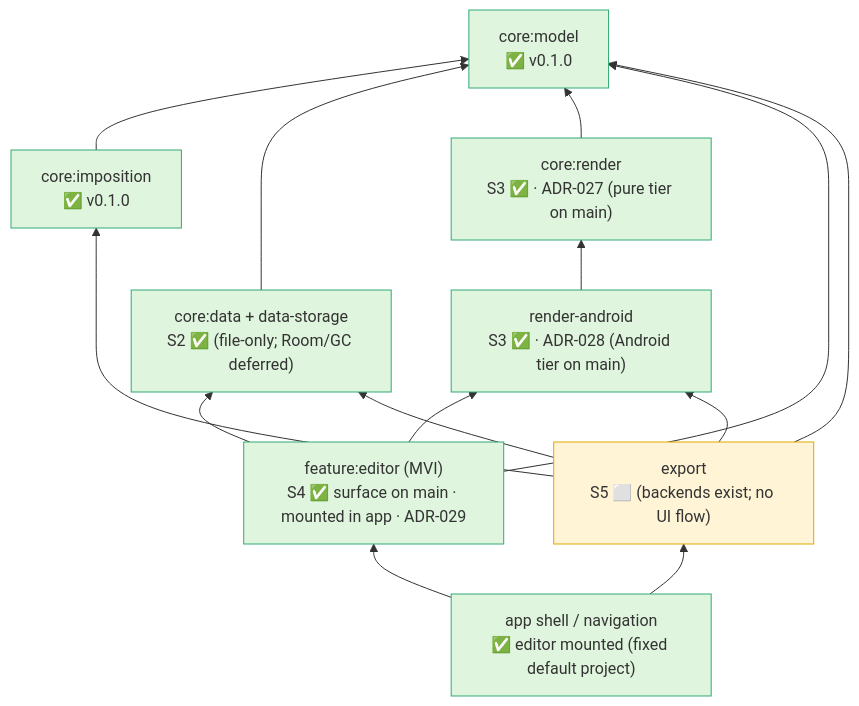
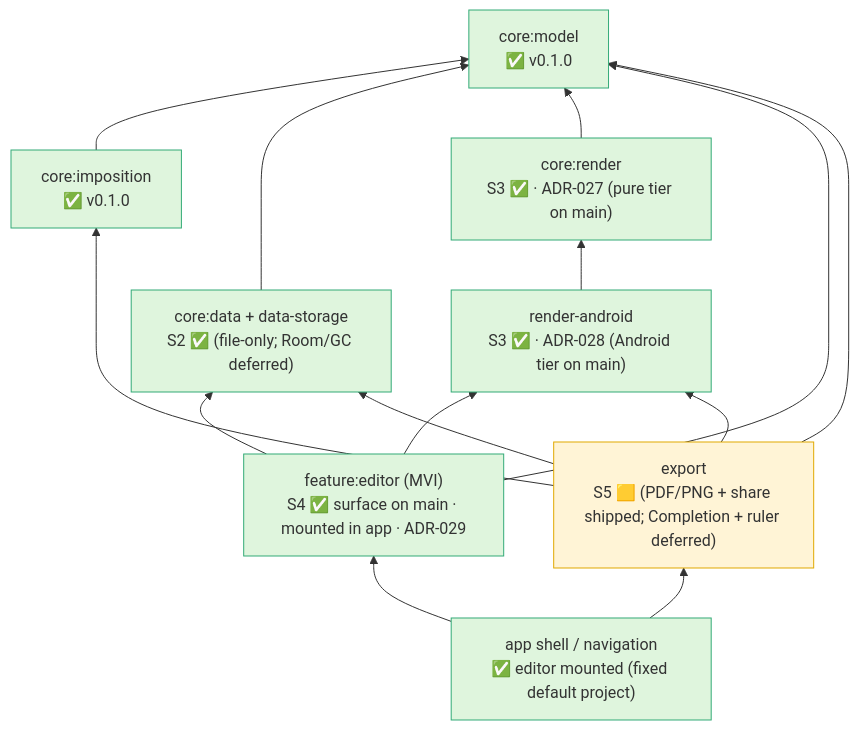
The ninth of 10 diagrams in docs/ARCHITECTURE.md (aritr-codes/zinely-android), drawn with Mermaid before and after one commit. The commit also changed other lines of this file and 17 other files, not shown here.

````diff
--- a/docs/ARCHITECTURE.md
+++ b/docs/ARCHITECTURE.md
@@ -353,30 +353,30 @@
 ```mermaid
 flowchart BT
     model["core:model<br/>✅ v0.1.0"]
     imp["core:imposition<br/>✅ v0.1.0"]
     data["core:data + data-storage<br/>S2 ✅ (file-only; Room/GC deferred)"]
     render["core:render<br/>S3 ✅ · ADR-027 (pure tier on main)"]
     ra["render-android<br/>S3 ✅ · ADR-028 (Android tier on main)"]
     editor["feature:editor (MVI)<br/>S4 ✅ surface on main · mounted in app · ADR-029"]
-    export["export<br/>S5 ⬜ (backends exist; no UI flow)"]
+    export["export<br/>S5 🟨 (PDF/PNG + share shipped; Completion + ruler deferred)"]
     app["app shell / navigation<br/>✅ editor mounted (fixed default project)"]
 
     imp --> model
     data --> model
     render --> model
     ra --> render
     editor --> model
     editor --> data
     editor --> ra
     export --> model
     export --> imp
     export --> ra
     export --> data
     app --> editor
     app --> export
 
     classDef done fill:#dff5dd,stroke:#3a7;
     classDef next fill:#fff4d6,stroke:#e0a800;
     class model,imp,data,render,ra,editor,app done;
     class export next;
 ```
````
